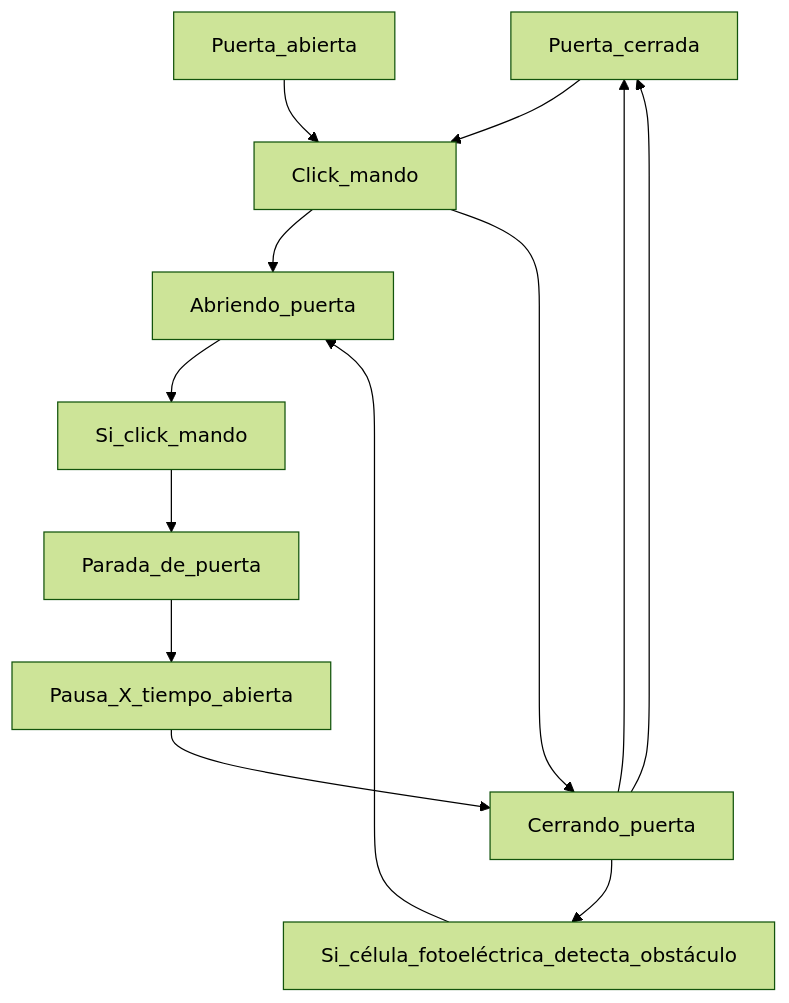
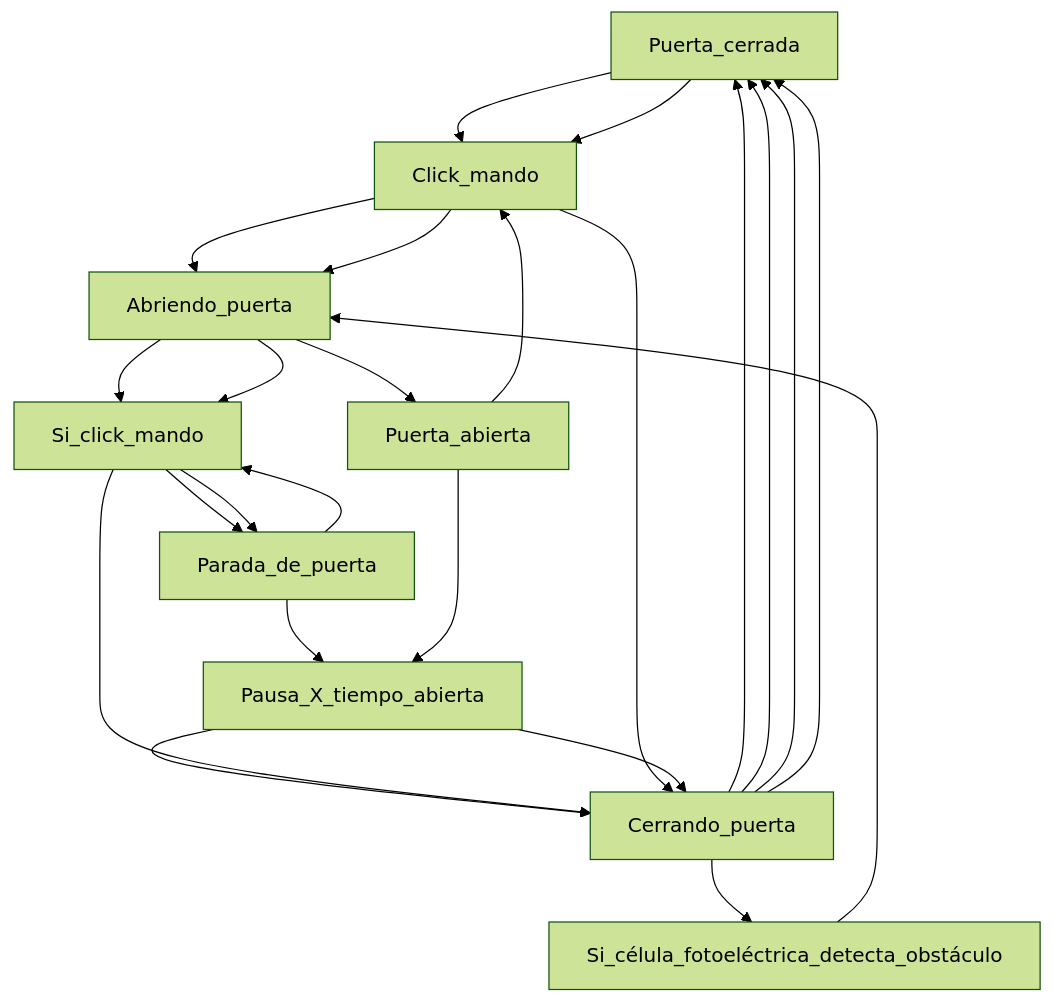
One commit to ABarrosoG/sliding-door-garage changed the diagram in README.md. Above: the diagram before and after it, drawn with Mermaid (forest theme).

````diff
--- a/README.md
+++ b/README.md
@@ -21,7 +21,9 @@
 ```mermaid
 graph TD;
     Puerta_cerrada-->Click_mando-->Abriendo_puerta-->Si_click_mando-->Parada_de_puerta-->Pausa_X_tiempo_abierta-->Cerrando_puerta-->Puerta_cerrada;
+    Puerta_cerrada-->Click_mando-->Abriendo_puerta-->Si_click_mando-->Parada_de_puerta-->Si_click_mando-->Cerrando_puerta-->Puerta_cerrada;
     Puerta_abierta-->Click_mando-->Cerrando_puerta-->Puerta_cerrada;
-    Cerrando_puerta-->Si_célula_fotoeléctrica_detecta_obstáculo-->Abriendo_puerta;
+    Puerta_abierta-->Pausa_X_tiempo_abierta-->Cerrando_puerta-->Puerta_cerrada;
+    Cerrando_puerta-->Si_célula_fotoeléctrica_detecta_obstáculo-->Abriendo_puerta-->Puerta_abierta;
 
 ```
````
